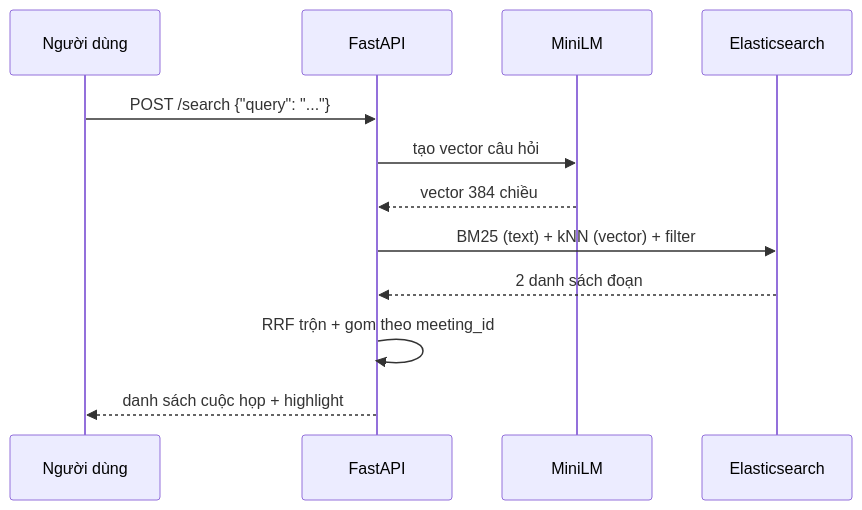
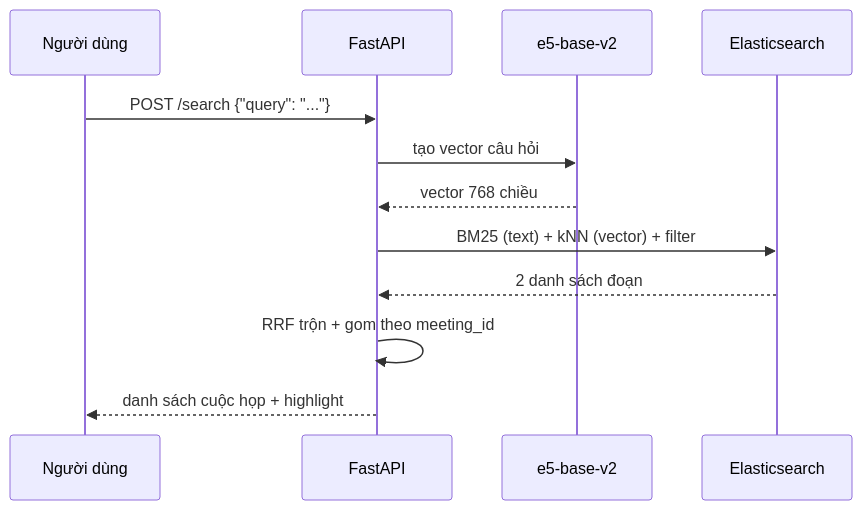
One commit to edward1503/vdt-meeting-search changed the third of 3 diagrams in docs/decision_explanation.md. Above: the diagram before and after it, drawn with Mermaid. The commit also changed other lines of this file and 13 other files, not shown here.

````diff
--- a/docs/decision_explanation.md
+++ b/docs/decision_explanation.md
@@ -415,14 +417,14 @@
 ```mermaid
 sequenceDiagram
     participant U as Người dùng
     participant API as FastAPI
-    participant EMB as MiniLM
+    participant EMB as e5-base-v2
     participant ES as Elasticsearch
     U->>API: POST /search {"query": "..."}
     API->>EMB: tạo vector câu hỏi
-    EMB-->>API: vector 384 chiều
+    EMB-->>API: vector 768 chiều
     API->>ES: BM25 (text) + kNN (vector) + filter
     ES-->>API: 2 danh sách đoạn
     API->>API: RRF trộn + gom theo meeting_id
     API-->>U: danh sách cuộc họp + highlight
 ```
````
